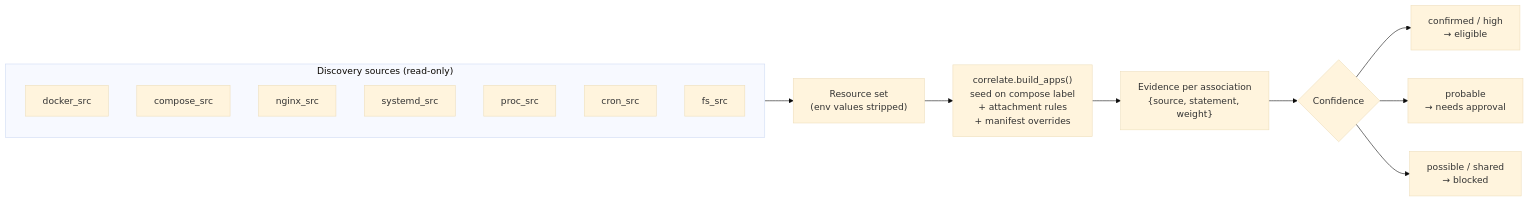
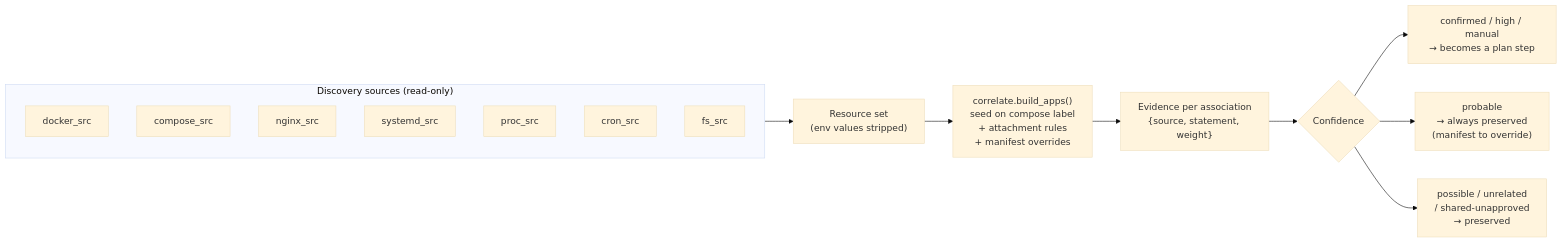
The second of 3 diagrams in fern/pages/reference/architecture.mdx (adminbjkai/del), drawn with Mermaid (base theme) before and after one commit. The commit also changed other lines of this file and 26 other files, not shown here.

````diff
--- a/fern/pages/reference/architecture.mdx
+++ b/fern/pages/reference/architecture.mdx
@@ -171,19 +272,19 @@
 ```mermaid
 flowchart LR
     subgraph Sources["Discovery sources (read-only)"]
         D["docker_src"]
         C["compose_src"]
         NG["nginx_src"]
         SY["systemd_src"]
         PR["proc_src"]
         CR["cron_src"]
         FS["fs_src"]
     end
     Sources --> RES["Resource set<br/>(env values stripped)"]
     RES --> COR["correlate.build_apps()<br/>seed on compose label<br/>+ attachment rules<br/>+ manifest overrides"]
     COR --> EV["Evidence per association<br/>{source, statement, weight}"]
     EV --> SC{"Confidence"}
-    SC --> CF["confirmed / high<br/>→ eligible"]
-    SC --> PB["probable<br/>→ needs approval"]
-    SC --> PS["possible / shared<br/>→ blocked"]
+    SC --> CF["confirmed / high / manual<br/>→ becomes a plan step"]
+    SC --> PB["probable<br/>→ always preserved<br/>(manifest to override)"]
+    SC --> PS["possible / unrelated<br/>/ shared-unapproved<br/>→ preserved"]
 ```
````
